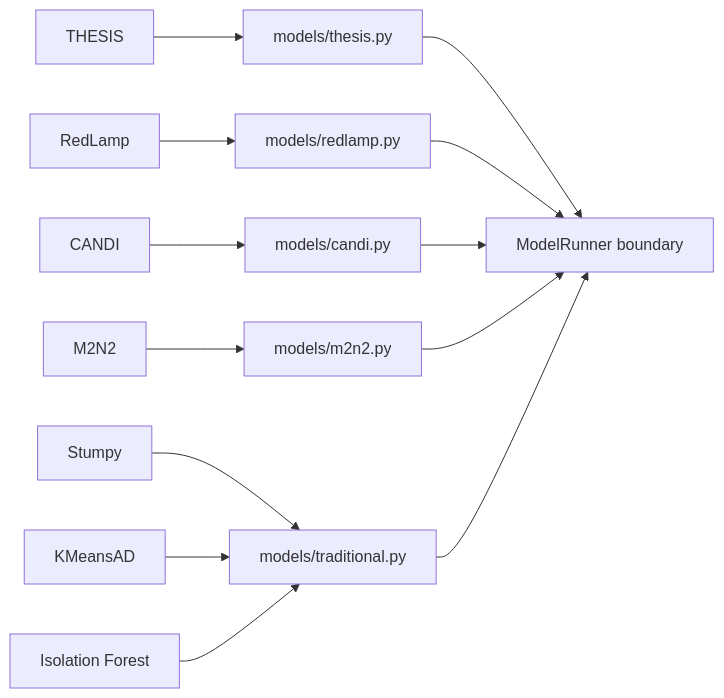
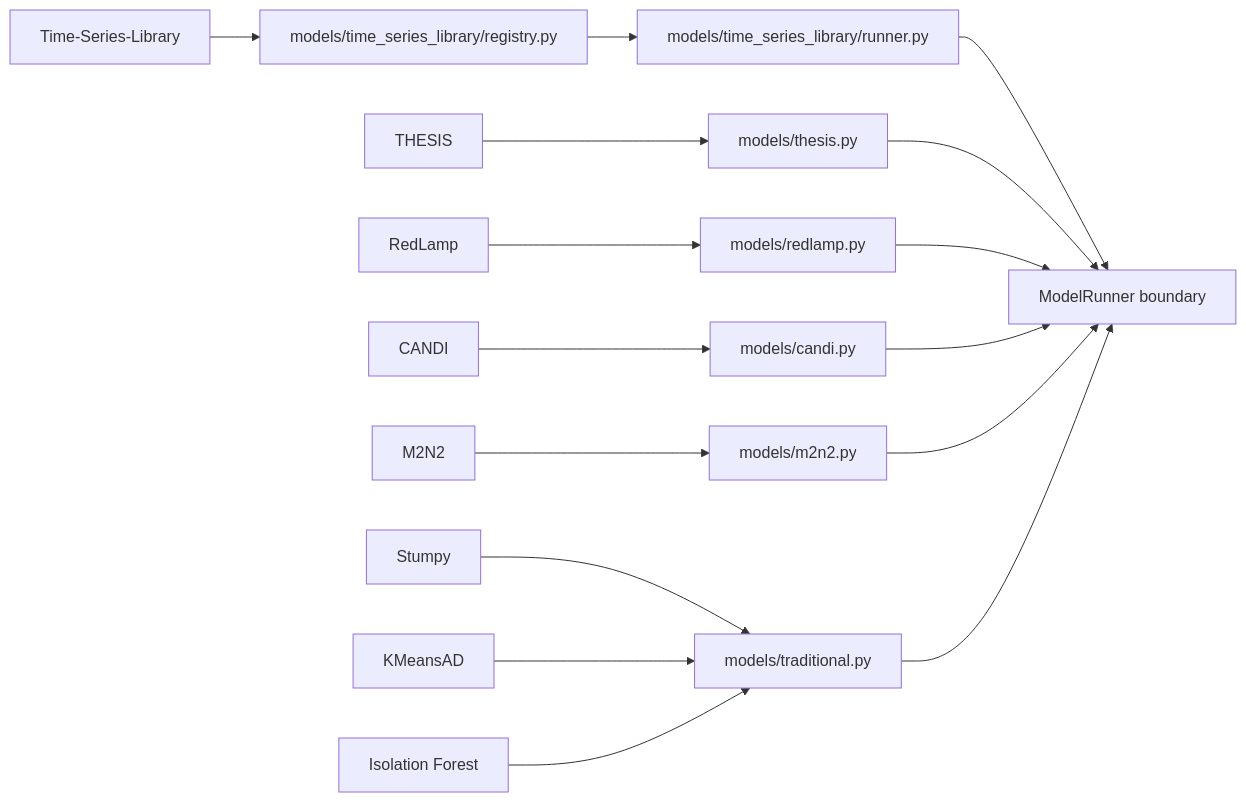
The seventh of 13 diagrams in documents/spec/tsad-lib-directed-graphs.md (TheMetaSetter/bachelor-thesis-2026), drawn with Mermaid before and after one commit. The commit also changed other lines of this file and 429 other files, not shown here.

````diff
--- a/documents/spec/tsad-lib-directed-graphs.md
+++ b/documents/spec/tsad-lib-directed-graphs.md
@@ -270,15 +346,18 @@
 ```mermaid
 flowchart LR
     thesis[THESIS] --> thesis_file[models/thesis.py]
     redlamp[RedLamp] --> redlamp_file[models/redlamp.py]
     candi[CANDI] --> candi_file[models/candi.py]
     m2n2[M2N2] --> m2n2_file[models/m2n2.py]
     stumpy[Stumpy] --> traditional[models/traditional.py]
     kmeans[KMeansAD] --> traditional
     isolation[Isolation Forest] --> traditional
+    time_series_library[Time-Series-Library] --> tsl_registry[models/time_series_library/registry.py]
+    tsl_registry --> tsl_runner[models/time_series_library/runner.py]
+    tsl_runner --> boundary[ModelRunner boundary]
     thesis_file --> boundary[ModelRunner boundary]
     redlamp_file --> boundary
     candi_file --> boundary
     m2n2_file --> boundary
     traditional --> boundary
 ```
````
